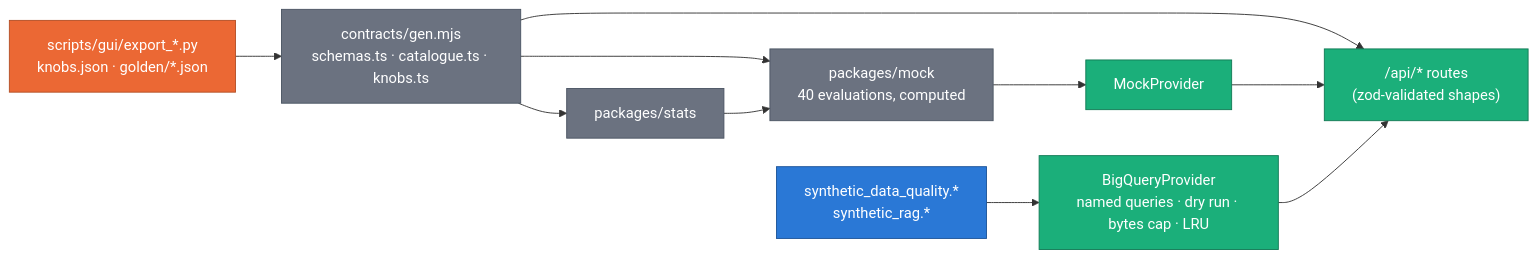
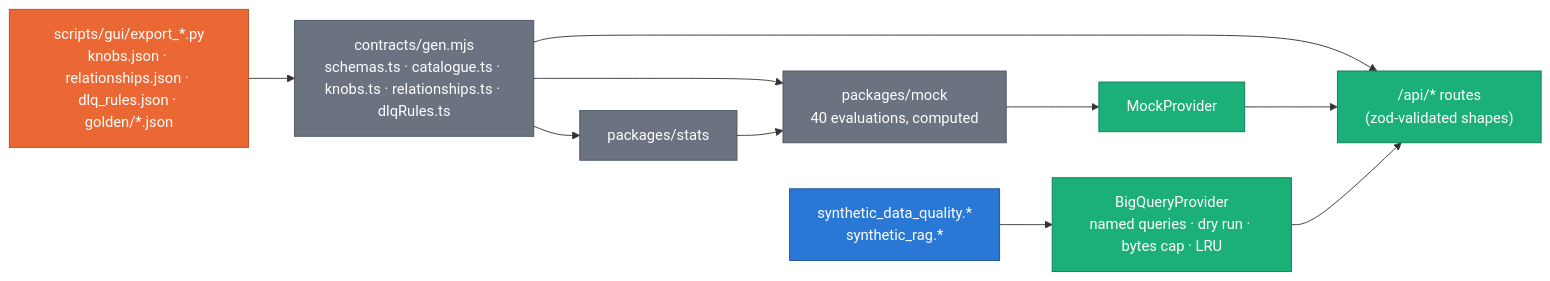
One commit to albertols/synthetic-llm-dataflow-bigquery changed the third of 3 diagrams in gui/docs/ARCHITECTURE.md. Above: the diagram before and after it, drawn with Mermaid. The commit also changed other lines of this file and 54 other files, not shown here.

First line of the commit message:
fix(gui): G0b review round 1 — µs timestamps, snapshot keys, Host guard, exported relationship model and DLQ rules

````diff
--- a/gui/docs/ARCHITECTURE.md
+++ b/gui/docs/ARCHITECTURE.md
@@ -344,20 +344,20 @@
 ```mermaid
 flowchart LR
   classDef py   fill:#eb6834,color:#fff,stroke:#b44f26
   classDef pkg  fill:#6b7280,color:#fff,stroke:#4b5563
   classDef bff  fill:#1baf7a,color:#fff,stroke:#127a55
   classDef bq   fill:#2a78d6,color:#fff,stroke:#1d5599
 
-  EXP["scripts/gui/export_*.py<br/>knobs.json · golden/*.json"]:::py
-  GEN["contracts/gen.mjs<br/>schemas.ts · catalogue.ts · knobs.ts"]:::pkg
+  EXP["scripts/gui/export_*.py<br/>knobs.json · relationships.json · dlq_rules.json · golden/*.json"]:::py
+  GEN["contracts/gen.mjs<br/>schemas.ts · catalogue.ts · knobs.ts · relationships.ts · dlqRules.ts"]:::pkg
   STATS["packages/stats"]:::pkg
   MOCK["packages/mock<br/>40 evaluations, computed"]:::pkg
   MP["MockProvider"]:::bff
   BP["BigQueryProvider<br/>named queries · dry run · bytes cap · LRU"]:::bff
   BQ["synthetic_data_quality.*<br/>synthetic_rag.*"]:::bq
   ROUTES["/api/* routes<br/>(zod-validated shapes)"]:::bff
 
   EXP --> GEN --> STATS & MOCK & ROUTES
   STATS --> MOCK --> MP --> ROUTES
   BQ --> BP --> ROUTES
 ```
````
